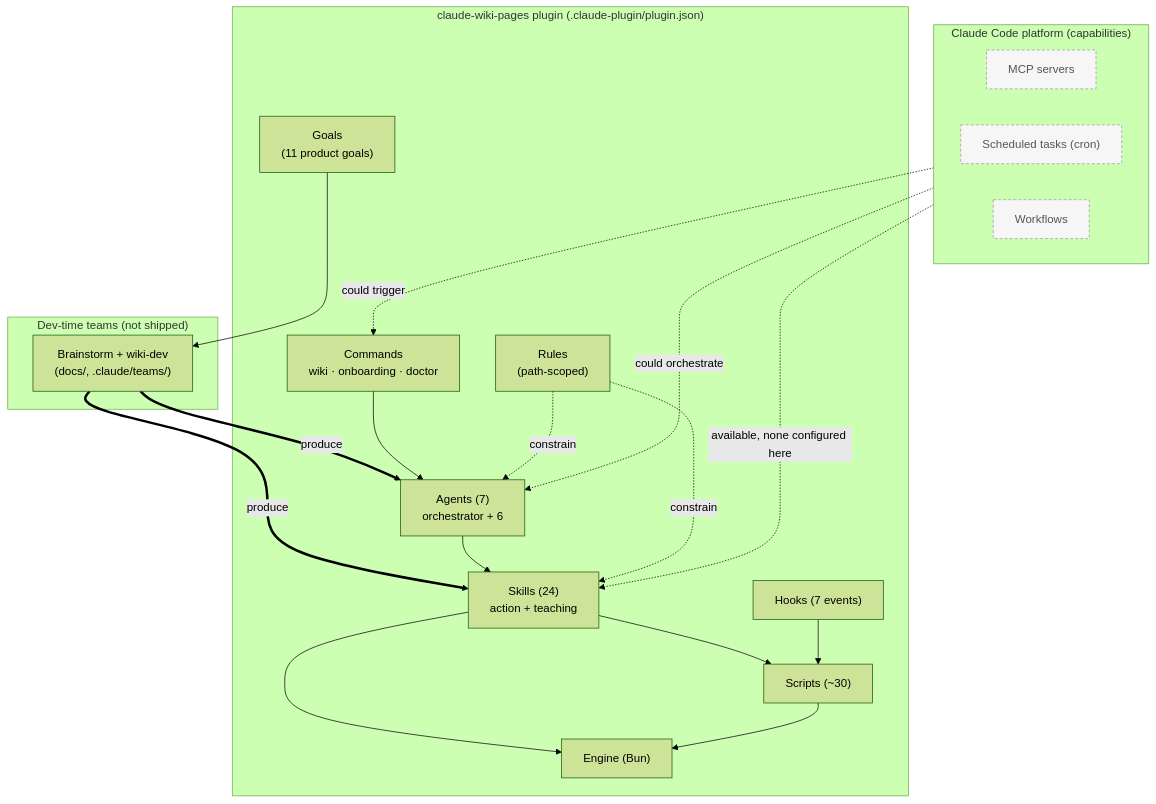
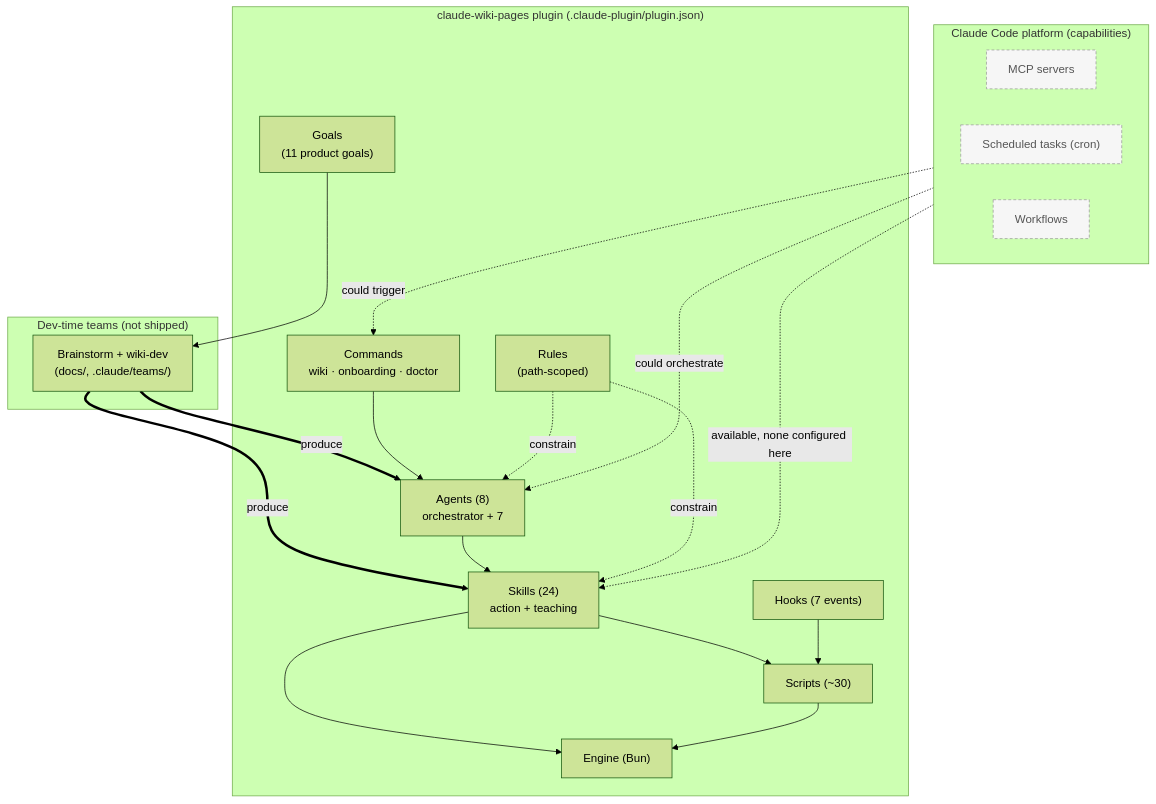
One commit to odere-pro/claude-wiki-pages-plugin changed the diagram in docs/design/06-feature-relations.md. Above: the diagram before and after it, drawn with Mermaid (forest theme). The commit also changed other lines of this file and 11 other files, not shown here.

````diff
--- a/docs/design/06-feature-relations.md
+++ b/docs/design/06-feature-relations.md
@@ -11,43 +11,43 @@
 ```mermaid
 graph TB
     subgraph platform["Claude Code platform (capabilities)"]
         direction LR
         mcp["MCP servers"]
         cron["Scheduled tasks (cron)"]
         wf["Workflows"]
     end
 
     subgraph plugin["claude-wiki-pages plugin (.claude-plugin/plugin.json)"]
         goals["Goals<br/>(11 product goals)"]
         cmds["Commands<br/>wiki · onboarding · doctor"]
-        agents["Agents (7)<br/>orchestrator + 6"]
+        agents["Agents (8)<br/>orchestrator + 7"]
         skills["Skills (24)<br/>action + teaching"]
         hooks["Hooks (7 events)"]
         scripts["Scripts (~30)"]
         rules["Rules<br/>(path-scoped)"]
         engine["Engine (Bun)"]
     end
 
     subgraph dev["Dev-time teams (not shipped)"]
         teams["Brainstorm + wiki-dev<br/>(docs/, .claude/teams/)"]
     end
 
     goals --> teams
     teams ==>|produce| agents
     teams ==>|produce| skills
     cmds --> agents
     agents --> skills
     skills --> engine
     skills --> scripts
     hooks --> scripts
     rules -. constrain .-> agents
     rules -. constrain .-> skills
     scripts --> engine
 
     cron -. could trigger .-> cmds
     wf -. could orchestrate .-> agents
     mcp -. available, none configured here .-> skills
 
     classDef avail stroke-dasharray: 4 3,fill:#f6f6f6,stroke:#999,color:#555;
     class mcp,cron,wf avail;
 ```
````
